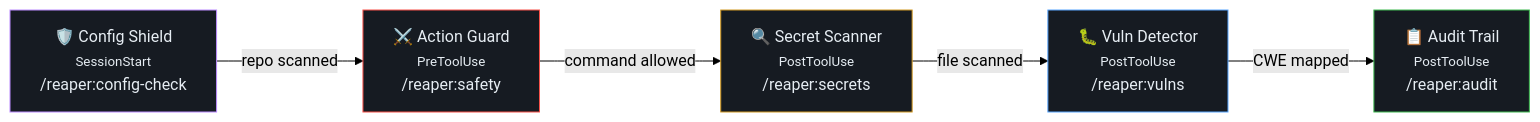
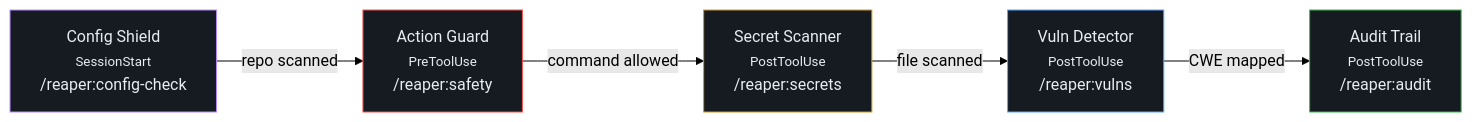
The second of 2 diagrams in README.md (enchanter-ai/hydra), drawn with Mermaid (forest theme) before and after one commit. The commit also changed other lines of this file and 11 other files, not shown here.

````diff
--- a/README.md
+++ b/README.md
@@ -141,13 +199,13 @@
 ```mermaid
 graph LR
-    A["🛡️ Config Shield<br/><small>SessionStart</small><br/>/reaper:config-check"] -->|"repo scanned"| B["⚔️ Action Guard<br/><small>PreToolUse</small><br/>/reaper:safety"]
-    B -->|"command allowed"| C["🔍 Secret Scanner<br/><small>PostToolUse</small><br/>/reaper:secrets"]
-    C -->|"file scanned"| D["🐛 Vuln Detector<br/><small>PostToolUse</small><br/>/reaper:vulns"]
-    D -->|"CWE mapped"| E["📋 Audit Trail<br/><small>PostToolUse</small><br/>/reaper:audit"]
+    A["Config Shield<br/><small>SessionStart</small><br/>/reaper:config-check"] -->|"repo scanned"| B["Action Guard<br/><small>PreToolUse</small><br/>/reaper:safety"]
+    B -->|"command allowed"| C["Secret Scanner<br/><small>PostToolUse</small><br/>/reaper:secrets"]
+    C -->|"file scanned"| D["Vuln Detector<br/><small>PostToolUse</small><br/>/reaper:vulns"]
+    D -->|"CWE mapped"| E["Audit Trail<br/><small>PostToolUse</small><br/>/reaper:audit"]
 
     style A fill:#161b22,stroke:#bc8cff,color:#e6edf3
     style B fill:#161b22,stroke:#f85149,color:#e6edf3
     style C fill:#161b22,stroke:#d29922,color:#e6edf3
     style D fill:#161b22,stroke:#58a6ff,color:#e6edf3
     style E fill:#161b22,stroke:#3fb950,color:#e6edf3
 ```
````
